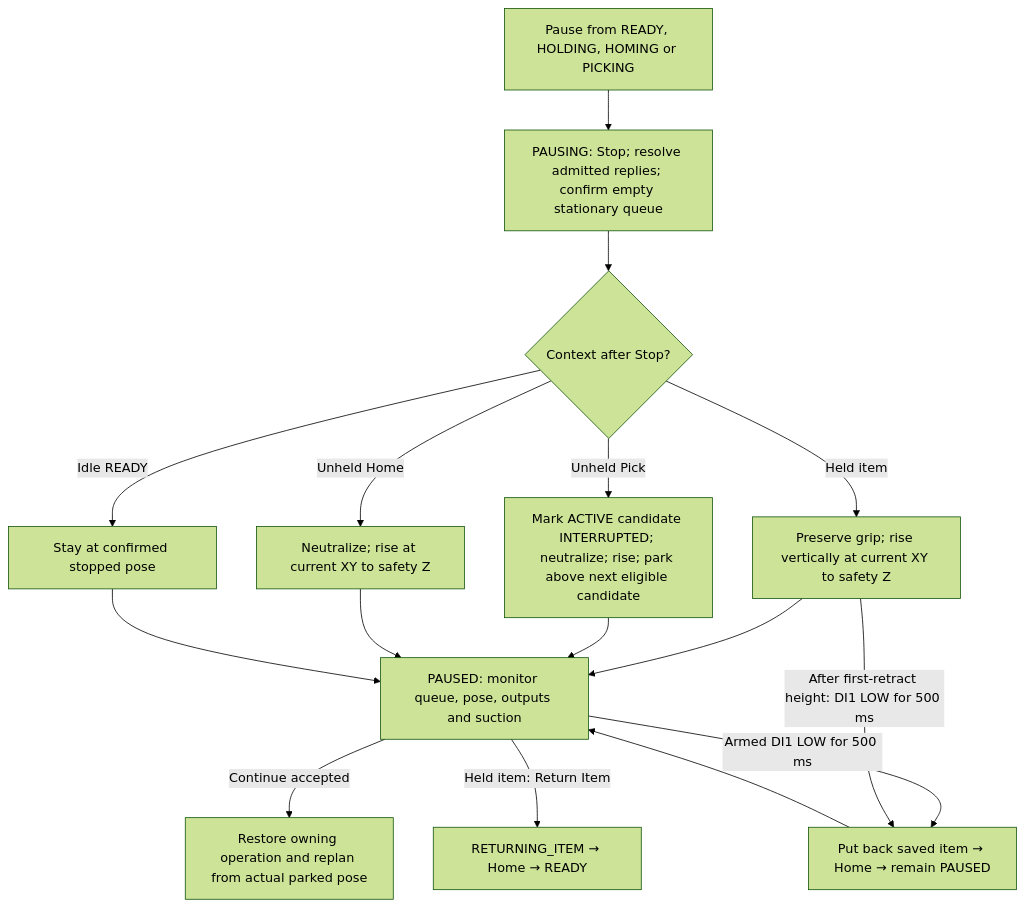
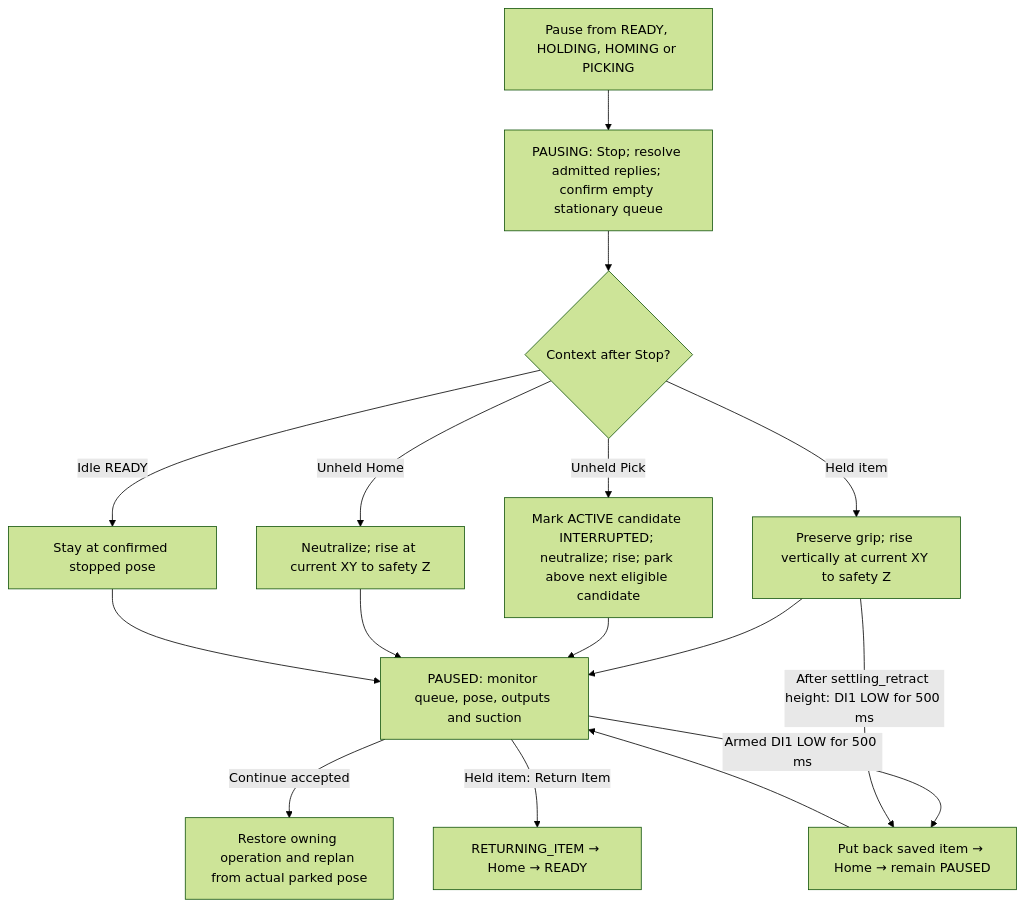
One commit to esgange/dobot_picknplace_yolo changed the seventh of 9 diagrams in docs/ROBOT_CONTROLLER_FSM.md. Above: the diagram before and after it, drawn with Mermaid (forest theme). The commit also changed other lines of this file and 22 other files, not shown here.

Commit message:
Separate settling retract from additional pick lift

````diff
--- a/docs/ROBOT_CONTROLLER_FSM.md
+++ b/docs/ROBOT_CONTROLLER_FSM.md
@@ -2054,18 +2082,18 @@
 ```mermaid
 flowchart TD
     Pause["Pause from READY, HOLDING, HOMING or PICKING"] --> Pausing["PAUSING: Stop; resolve admitted replies; confirm empty stationary queue"]
     Pausing --> Context{"Context after Stop?"}
     Context -->|Held item| Rise["Preserve grip; rise vertically at current XY to safety Z"]
     Context -->|Unheld Pick| Transit["Mark ACTIVE candidate INTERRUPTED; neutralize; rise; park above next eligible candidate"]
     Context -->|Unheld Home| HomePark["Neutralize; rise at current XY to safety Z"]
     Context -->|Idle READY| Stay["Stay at confirmed stopped pose"]
     Rise --> Paused["PAUSED: monitor queue, pose, outputs and suction"]
     Transit --> Paused
     HomePark --> Paused
     Stay --> Paused
     Paused -->|Continue accepted| Resume["Restore owning operation and replan from actual parked pose"]
     Paused -->|Held item: Return Item| Return["RETURNING_ITEM → Home → READY"]
     Paused -->|Armed DI1 LOW for 500 ms| Drop["Put back saved item → Home → remain PAUSED"]
-    Rise -->|After first-retract height: DI1 LOW for 500 ms| Drop
+    Rise -->|After settling_retract height: DI1 LOW for 500 ms| Drop
     Drop --> Paused
 ```
````
